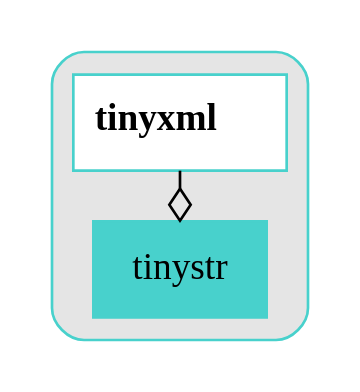
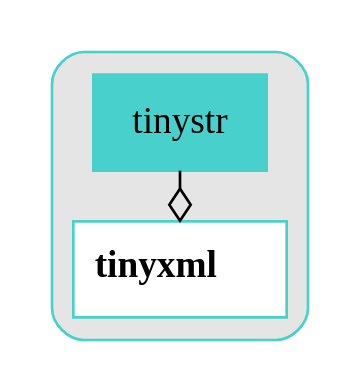
One commit to UWB-Biocomputing/BrainGrid changed the diagram in Tools/DiagramGenerator/ExampleOutputs/dot_subsystems/tinyxml.dot. Above: the diagram before and after it, drawn with Graphviz. The commit also changed 6 other files, not shown here.

```diff
--- a/Tools/DiagramGenerator/ExampleOutputs/dot_subsystems/tinyxml.dot
+++ b/Tools/DiagramGenerator/ExampleOutputs/dot_subsystems/tinyxml.dot
@@ -1,32 +1,32 @@
 digraph{
 	 graph [splines=ortho]
 
 	subgraph clustertinyxml {
 		style = rounded
 		bgcolor = grey90
 		color = mediumturquoise
 		node [shape = record, color = mediumturquoise];
 
 		tinystr[label = tinystr, style = filled];
 		tinyxml[label = tinyxml, style = filled];
 		tinyxml[label =< <B> tinyxml</B>>, style = bold, fillcolor = white, style = filled];
 
 
 		//------LAYOUT FOR SUBGRAPH------
 
 
 		rankdir = BT; // Rank Direction Bottom to Top
 		nodesep = 1.3; // Node Separation
 		ranksep = 1.3; // Rank Separation
 
 
 		//INHERITANCE//
 
 
 
 		//COMPOSITION//
 
 
-		tinyxml -> tinystr [arrowhead=ediamond];
+		tinystr -> tinyxml [arrowhead=ediamond];
 	}//end subgraph tinyxml
 }//end digraph
```
